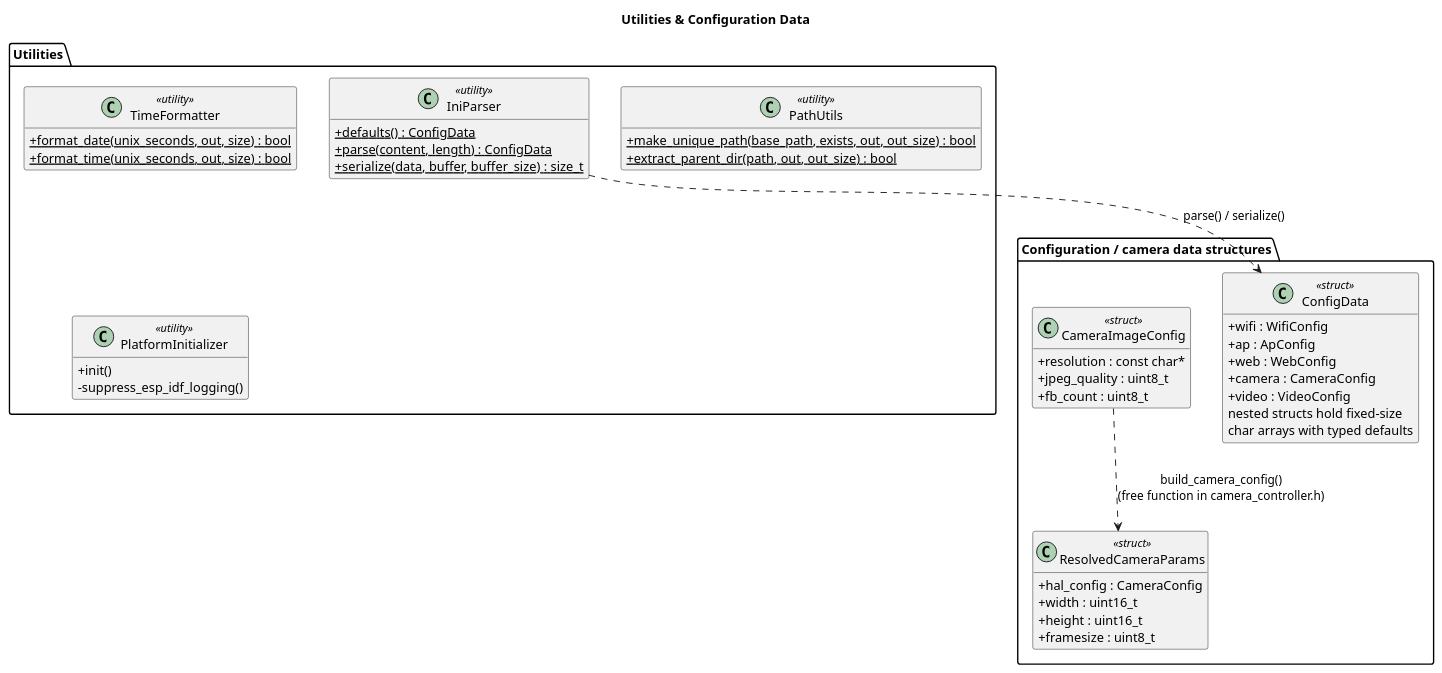
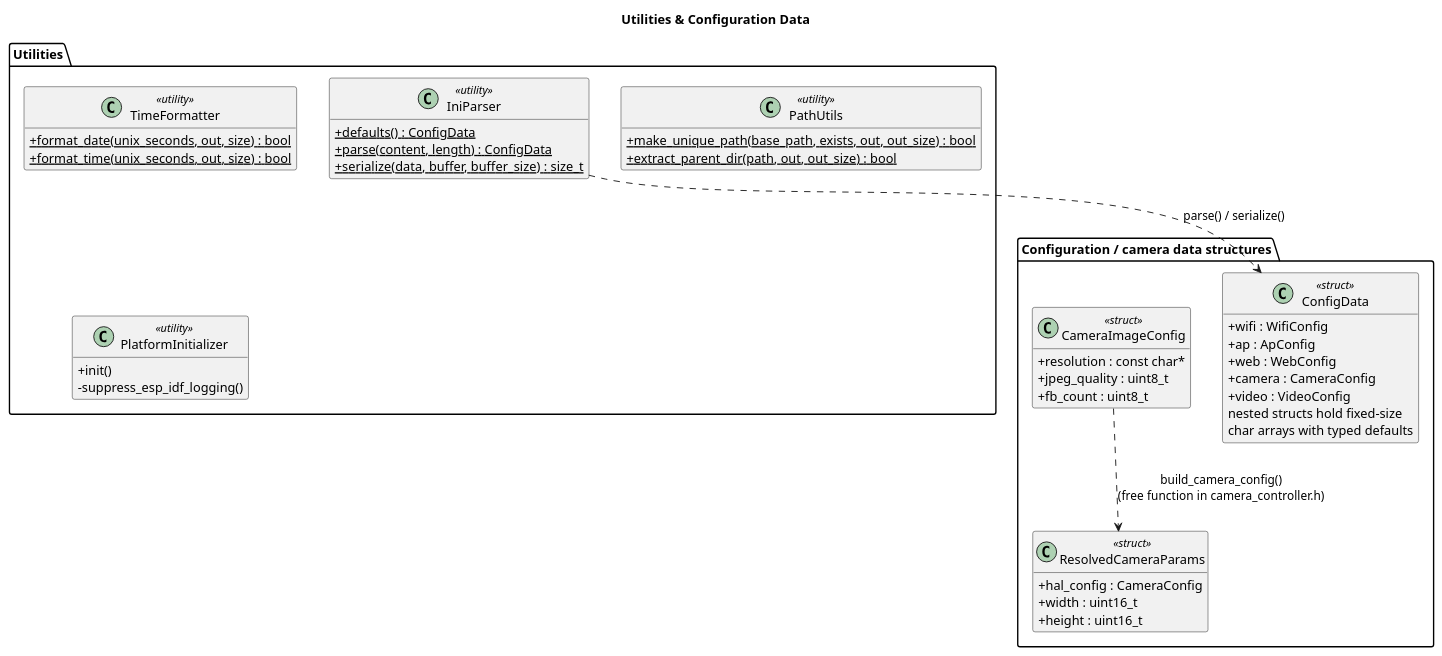
The fourth of 9 diagrams in docs/SYSTEM_DESIGN.md (timwalsh41/micro-security-cam), drawn with PlantUML before and after one commit. The commit also changed other lines of this file and 9 other files, not shown here.

````diff
--- a/docs/SYSTEM_DESIGN.md
+++ b/docs/SYSTEM_DESIGN.md
@@ -719,62 +729,61 @@
 ```plantuml
 @startuml
 title Utilities & Configuration Data
 
 hide empty members
 skinparam classAttributeIconSize 0
 
 package "Utilities" {
 
     class IniParser <<utility>> {
         +{static} defaults() : ConfigData
         +{static} parse(content, length) : ConfigData
         +{static} serialize(data, buffer, buffer_size) : size_t
     }
 
     class TimeFormatter <<utility>> {
         +{static} format_date(unix_seconds, out, size) : bool
         +{static} format_time(unix_seconds, out, size) : bool
     }
 
     class PathUtils <<utility>> {
         +{static} make_unique_path(base_path, exists, out, out_size) : bool
         +{static} extract_parent_dir(path, out, out_size) : bool
     }
 
     class PlatformInitializer <<utility>> {
         +init()
         -suppress_esp_idf_logging()
     }
 }
 
 package "Configuration / camera data structures" {
 
     class ConfigData <<struct>> {
         +wifi : WifiConfig
         +ap : ApConfig
         +web : WebConfig
         +camera : CameraConfig
         +video : VideoConfig
         nested structs hold fixed-size
         char arrays with typed defaults
     }
 
     class CameraImageConfig <<struct>> {
         +resolution : const char*
         +jpeg_quality : uint8_t
         +fb_count : uint8_t
     }
 
     class ResolvedCameraParams <<struct>> {
         +hal_config : CameraConfig
         +width : uint16_t
         +height : uint16_t
-        +framesize : uint8_t
     }
 }
 
 IniParser ..> ConfigData : parse() / serialize()
 CameraImageConfig ..> ResolvedCameraParams : build_camera_config()\n(free function in camera_controller.h)
 
 @enduml
 ```
````
